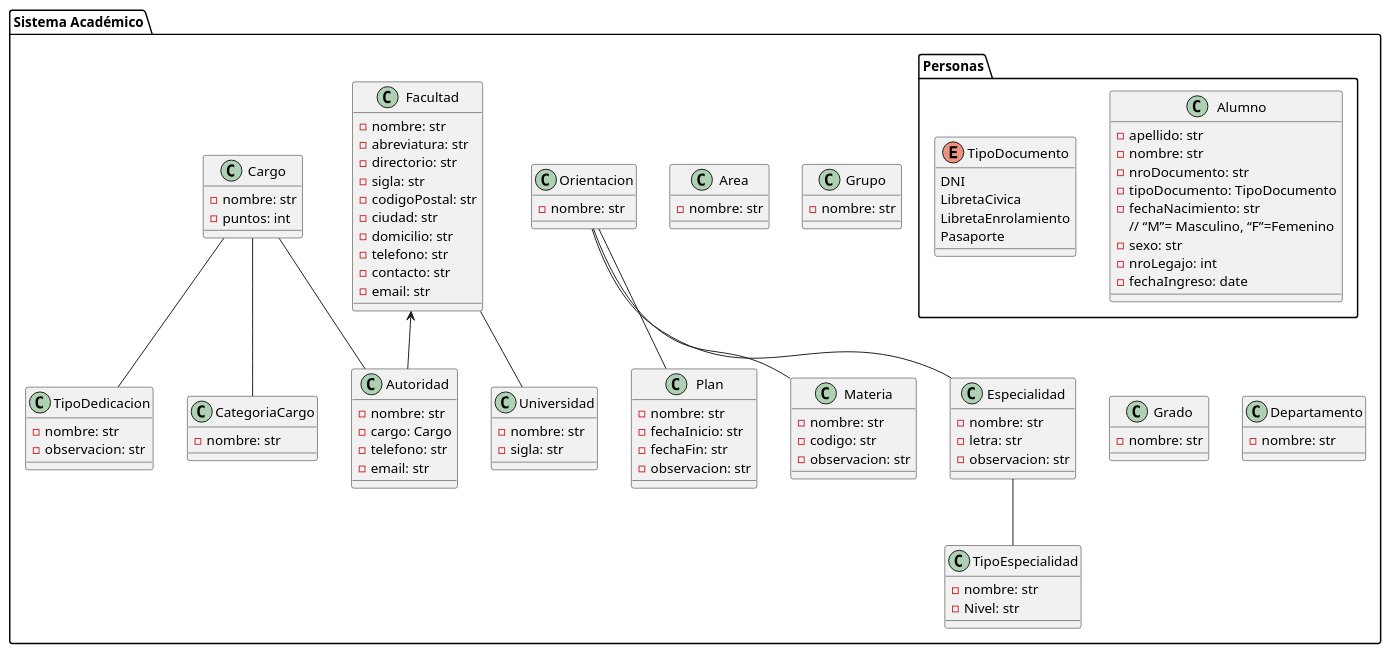
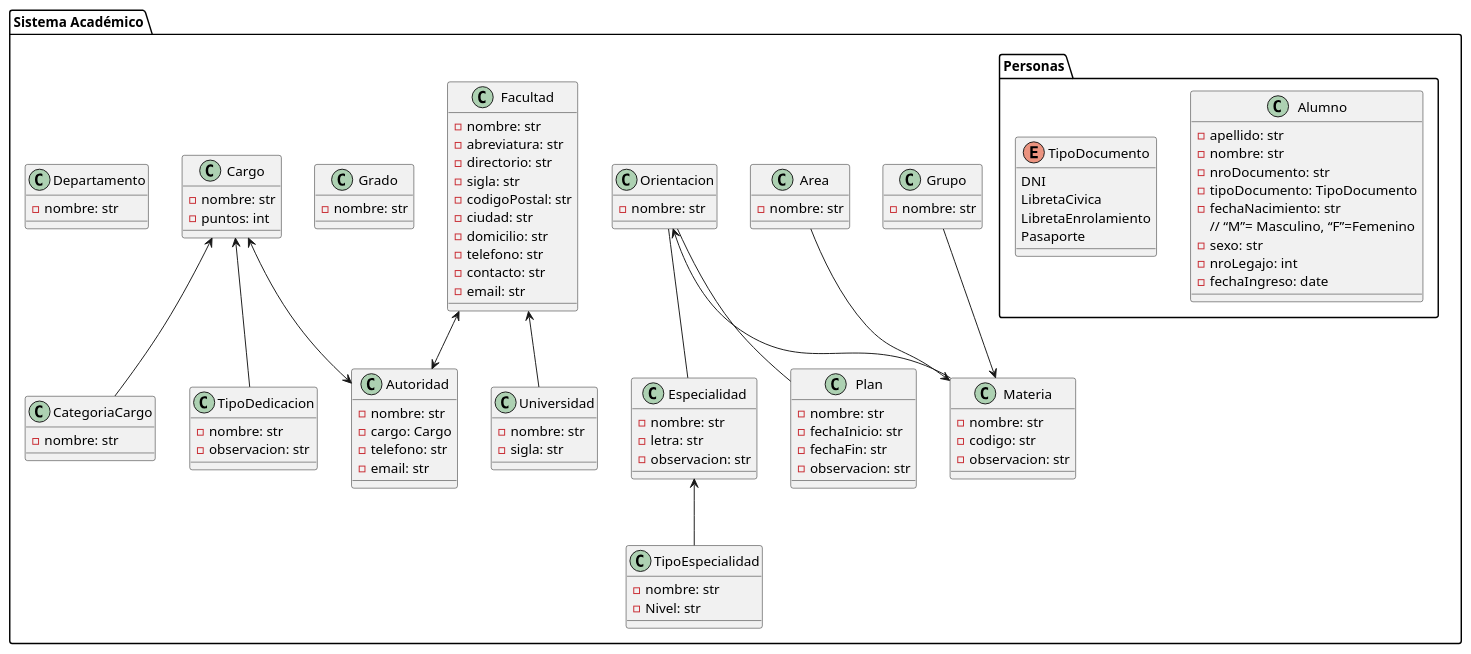
The diagram in sysacad_diagrama_de_clases.puml (CodeR4nger/SysAcad), drawn with PlantUML before and after one commit.

Commit message:
Modificado relaciones diagrama de clases

```diff
--- a/sysacad_diagrama_de_clases.puml
+++ b/sysacad_diagrama_de_clases.puml
@@ -1,119 +1,121 @@
 @startuml Diagrama de Clases de sysacad
 package "Sistema Académico"{
     package "Personas"{
         class Alumno {
             - apellido: str
             - nombre: str
             - nroDocumento: str
             - tipoDocumento: TipoDocumento
             - fechaNacimiento: str
             // “M”= Masculino, “F”=Femenino
             - sexo: str
             - nroLegajo: int
             - fechaIngreso: date
         }
 
         enum TipoDocumento {
             DNI
             LibretaCivica
             LibretaEnrolamiento
             Pasaporte
         }
     }
 
     class Universidad {
         -nombre: str
         -sigla: str
     }
 
     class Facultad {
         -nombre: str
         -abreviatura: str
         -directorio: str
         -sigla: str
         -codigoPostal: str
         -ciudad: str
         -domicilio: str
         -telefono: str
         -contacto: str
         -email: str
     }
 
     class Autoridad {
         -nombre: str
         -cargo: Cargo
         -telefono: str
         -email: str
     }
 
-    class Area {
-        - nombre: str
-    }
-
     class Especialidad {
         - nombre: str
         - letra: str
         - observacion: str
     }
 
     class TipoEspecialidad {
         - nombre: str
         - Nivel: str
     }
 
     class Grupo {
+        - nombre: str
+    }
+    
+    class Area {
         - nombre: str
     }
 
     class Plan {
         - nombre: str
         - fechaInicio: str
         - fechaFin: str
         - observacion: str
     }
 
     class Orientacion {
         - nombre: str
     }
 
     class Grado {
         - nombre: str
     }
 
     class Cargo {
         - nombre: str
         - puntos: int
         
     }
     
     class CategoriaCargo {
         - nombre: str
     } 
    
     class Materia {
         - nombre: str
         - codigo: str
         - observacion: str
     }
 
     class TipoDedicacion {
         - nombre: str
         - observacion: str
     }
 
     class Departamento {
         - nombre: str
     }
 
 
     Orientacion -- Especialidad
     Orientacion -- Plan
-    Orientacion -- Materia
-    Especialidad -- TipoEspecialidad
-    Facultad <-- Autoridad
-    Facultad -- Universidad
-    Cargo -- CategoriaCargo
-    Cargo -- TipoDedicacion
-    Cargo -- Autoridad
+    Orientacion <-- Materia
+    Especialidad <-- TipoEspecialidad
+    Facultad <--> Autoridad 
+    Facultad <-- Universidad
+    Cargo <-- CategoriaCargo
+    Cargo <-- TipoDedicacion
+    Cargo <--> Autoridad
+    Area --> Materia
+    Grupo --> Materia
 }
 @enduml
```
